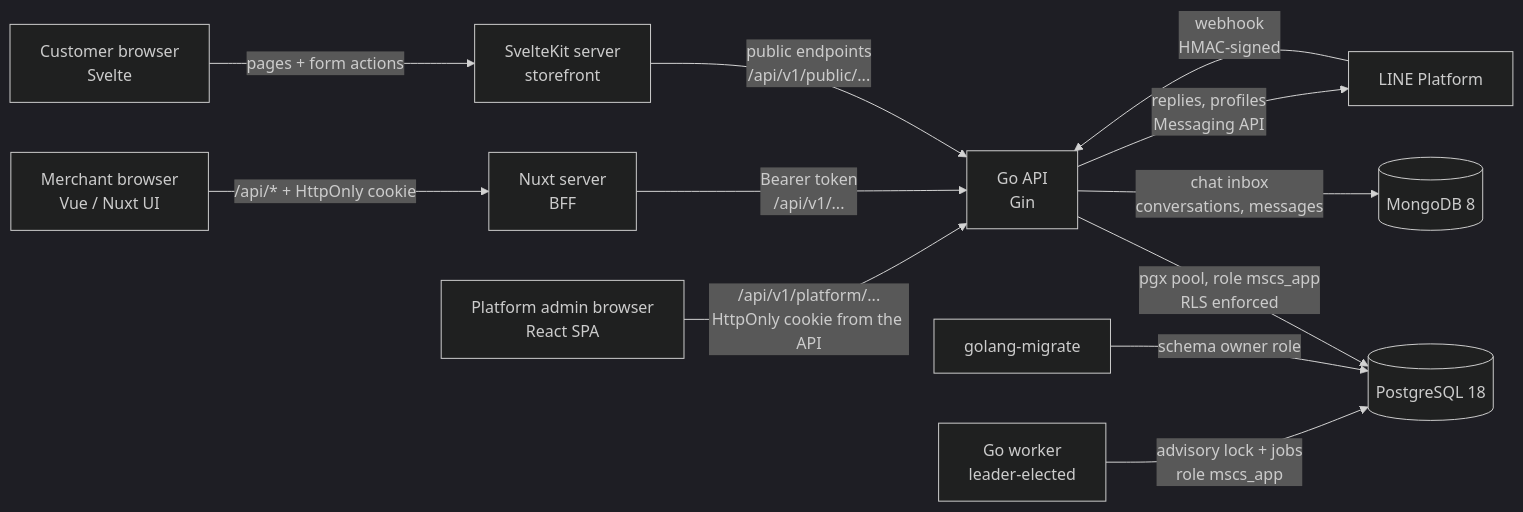
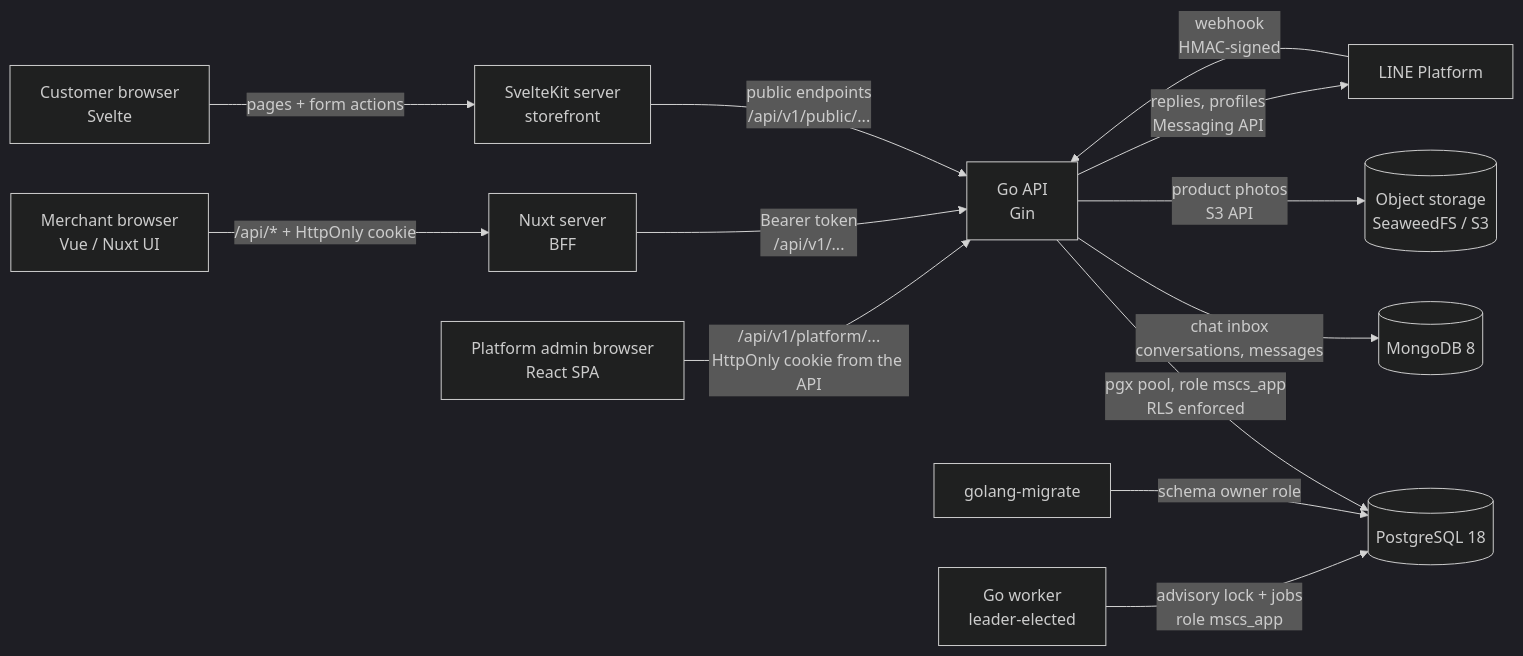
Before and after one commit to AriyaChakot/Minis-social-commerce-SaaS: the diagram in README.md, drawn with Mermaid (dark theme). The commit also changed other lines of this file and 31 other files, not shown here.

Commit message:
feat: add product photos with safe image processing and s3-compatible object storage

````diff
--- a/README.md
+++ b/README.md
@@ -51,14 +52,15 @@
 ```mermaid
 flowchart LR
     B[Merchant browser<br/>Vue / Nuxt UI] -- "/api/* + HttpOnly cookie" --> N[Nuxt server<br/>BFF]
     C[Customer browser<br/>Svelte] -- "pages + form actions" --> S[SvelteKit server<br/>storefront]
     A[Platform admin browser<br/>React SPA] -- "/api/v1/platform/...<br/>HttpOnly cookie from the API" --> G
     N -- "Bearer token<br/>/api/v1/..." --> G[Go API<br/>Gin]
     S -- "public endpoints<br/>/api/v1/public/..." --> G
     G -- "pgx pool, role mscs_app<br/>RLS enforced" --> P[(PostgreSQL 18)]
     G -- "chat inbox<br/>conversations, messages" --> M[(MongoDB 8)]
+    G -- "product photos<br/>S3 API" --> O[(Object storage<br/>SeaweedFS / S3)]
     L[LINE Platform] -- "webhook<br/>HMAC-signed" --> G
     G -- "replies, profiles<br/>Messaging API" --> L
     MG[golang-migrate] -- "schema owner role" --> P
     W[Go worker<br/>leader-elected] -- "advisory lock + jobs<br/>role mscs_app" --> P
 ```
````
